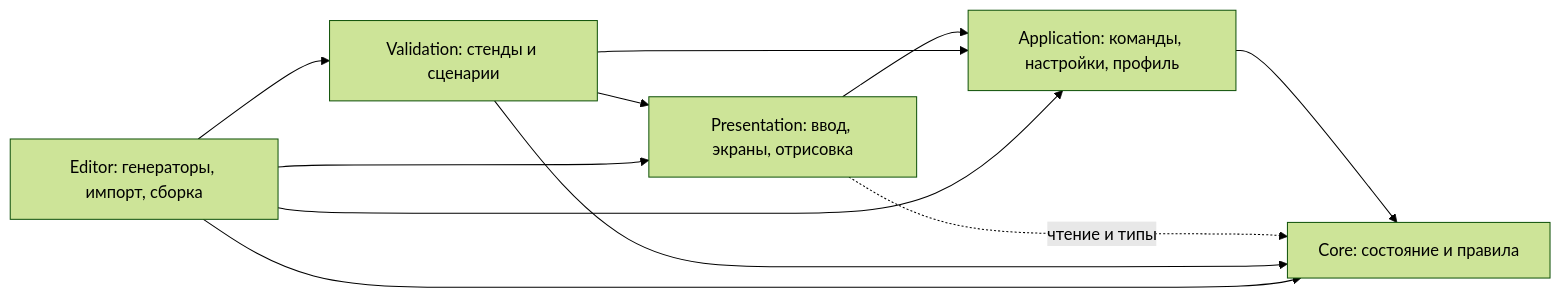
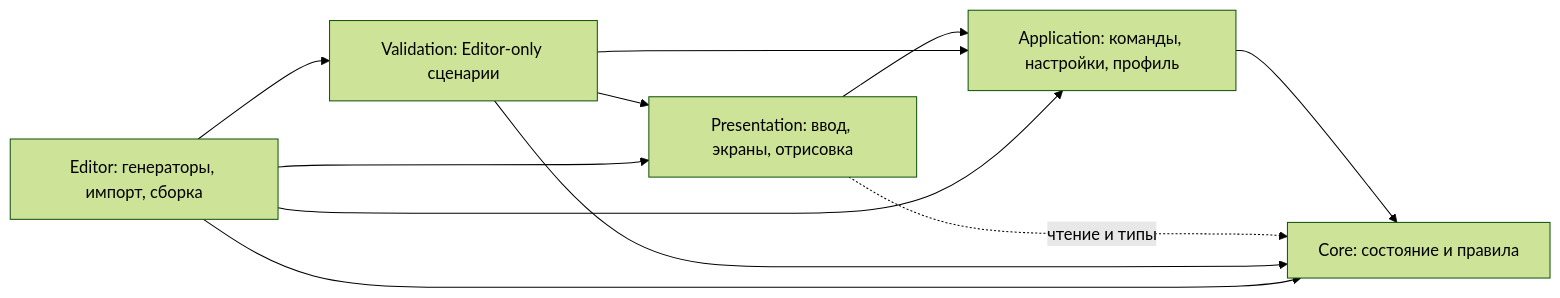
Before and after one commit to greedval-us/paper: the diagram in docs/PaperDefense-Architecture.md, drawn with Mermaid (forest theme). The commit also changed other lines of this file and 891 other files, not shown here.

````diff
--- a/docs/PaperDefense-Architecture.md
+++ b/docs/PaperDefense-Architecture.md
@@ -9,13 +11,13 @@
 ```mermaid
 flowchart LR
     P[Presentation: ввод, экраны, отрисовка] --> A[Application: команды, настройки, профиль]
     A --> C[Core: состояние и правила]
     P -. чтение и типы .-> C
-    V[Validation: стенды и сценарии] --> P
+    V[Validation: Editor-only сценарии] --> P
     V --> A
     V --> C
     E[Editor: генераторы, импорт, сборка] --> V
     E --> P
     E --> A
     E --> C
 ```
````
